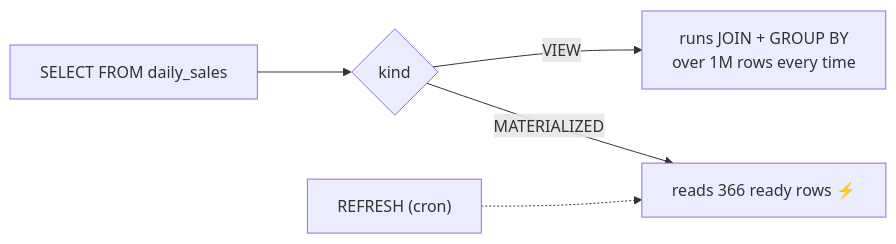
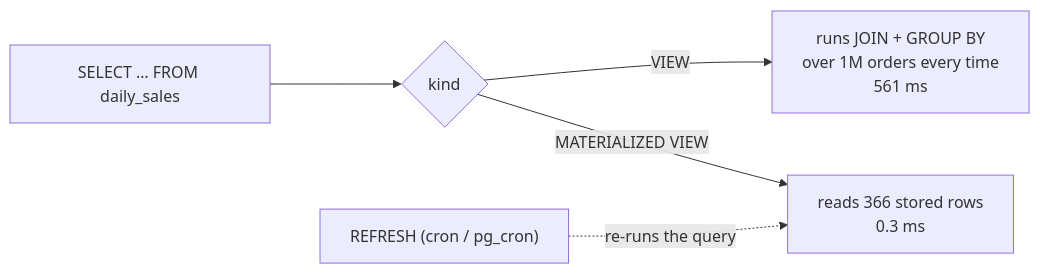
The first of 2 diagrams in Doc/09-ecosystem/02-views-matviews.md (wesamkhateeb98-creator/postgresql-zero-to-hero), drawn with Mermaid before and after one commit. The commit also changed other lines of this file and 29 other files, not shown here.

````diff
--- a/Doc/09-ecosystem/02-views-matviews.md
+++ b/Doc/09-ecosystem/02-views-matviews.md
@@ -5,7 +7,7 @@
 ```mermaid
 flowchart LR
-    Q["SELECT FROM daily_sales"] --> V{"kind"}
-    V -->|"VIEW"| R["runs JOIN + GROUP BY<br/>over 1M rows every time"]
-    V -->|"MATERIALIZED"| M["reads 366 ready rows ⚡"]
-    RF["REFRESH (cron)"] -.-> M
+    Q["SELECT … FROM daily_sales"] --> V{"kind"}
+    V -->|"VIEW"| R["runs JOIN + GROUP BY<br/>over 1M orders every time<br/>561 ms"]
+    V -->|"MATERIALIZED VIEW"| M["reads 366 stored rows<br/>0.3 ms"]
+    RF["REFRESH (cron / pg_cron)"] -.->|"re-runs the query"| M
 ```
````
